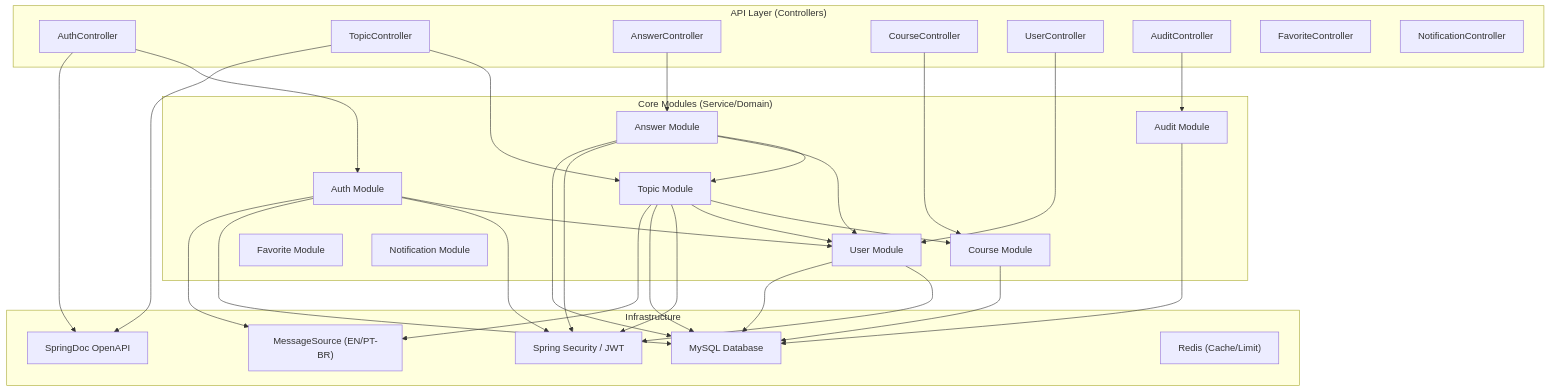
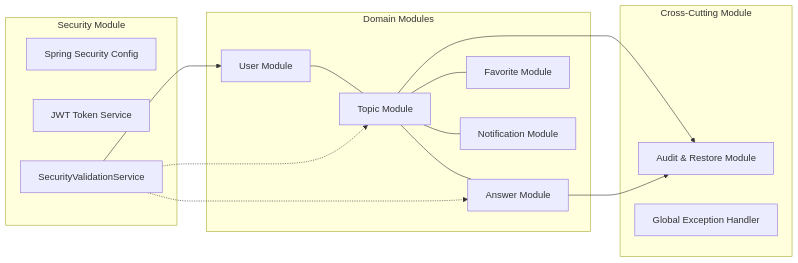
Before and after one commit to DessimA/forum-hub: the first of 3 diagrams in docs/en/02-architecture.md, drawn with Mermaid. The commit also changed other lines of this file and 18 other files, not shown here.

Commit message:
docs: exaustive documentation update with Mermaid diagrams and total PT-BR/EN parity

````diff
--- a/docs/en/02-architecture.md
+++ b/docs/en/02-architecture.md
@@ -41,63 +7,33 @@
 ```mermaid
-graph TD
-    subgraph "API Layer (Controllers)"
-        AuthController
-        TopicController
-        AnswerController
-        CourseController
-        UserController
-        AuditController
-        FavoriteController
-        NotificationController
+graph LR
+    subgraph "Security Module"
+        Security[Spring Security Config]
+        Token[JWT Token Service]
+        Validator[SecurityValidationService]
     end
 
-    subgraph "Core Modules (Service/Domain)"
-        Auth[Auth Module]
+    subgraph "Domain Modules"
+        User[User Module]
         Topic[Topic Module]
         Answer[Answer Module]
-        Course[Course Module]
-        User[User Module]
-        Audit[Audit Module]
         Favorite[Favorite Module]
         Notification[Notification Module]
     end
 
-    subgraph "Infrastructure"
-        Security["Spring Security / JWT"]
-        Docs["SpringDoc OpenAPI"]
-        I18n["MessageSource (EN/PT-BR)"]
-        DB["MySQL Database"]
-        Redis["Redis (Cache/Limit)"]
+    subgraph "Cross-Cutting Module"
+        Audit[Audit & Restore Module]
+        Common[Global Exception Handler]
     end
 
-    AuthController --> Auth
-    TopicController --> Topic
-    AnswerController --> Answer
-    CourseController --> Course
-    UserController --> User
-    AuditController --> Audit
-
-    Auth --> User
-    Topic --> Course
-    Topic --> User
-    Answer --> Topic
-    Answer --> User
+    User --- Topic
+    Topic --- Answer
+    Topic --- Favorite
+    Topic --- Notification
     
-    Auth --> Security
-    Topic --> Security
-    Answer --> Security
-    User --> Security
+    Validator --> User
+    Validator -.-> Topic
+    Validator -.-> Answer
     
-    Auth --> DB
-    Topic --> DB
-    Answer --> DB
-    Course --> DB
-    User --> DB
-    Audit --> DB
-
-    Auth --> I18n
-    Topic --> I18n
-    
-    AuthController --> Docs
-    TopicController --> Docs
+    Topic --> Audit
+    Answer --> Audit
 ```
````
